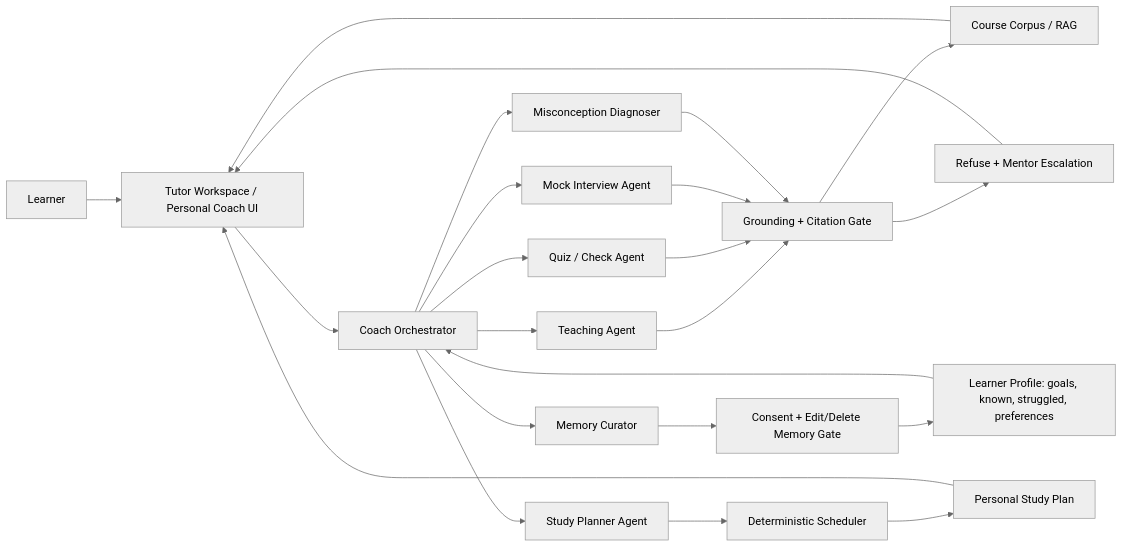
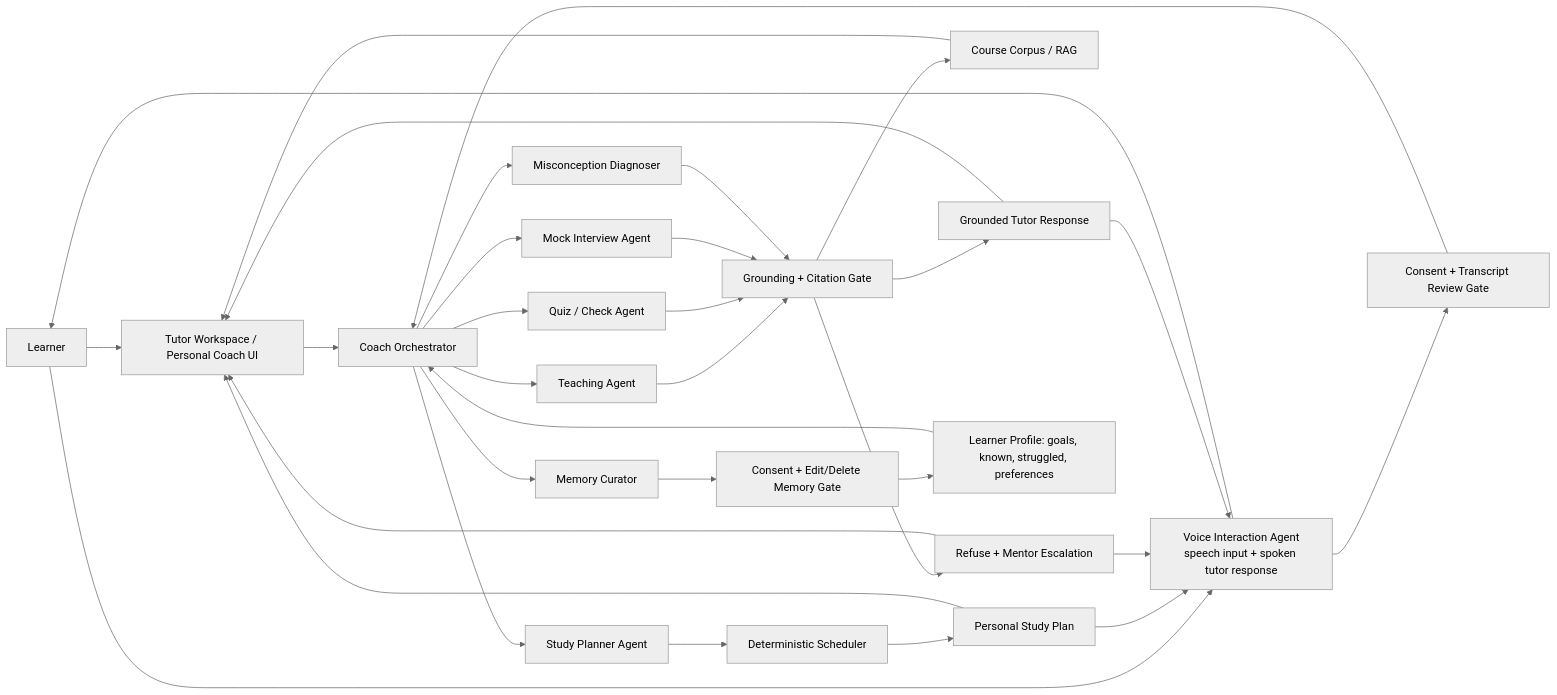
The first of 2 diagrams in docs/assets/pitch/agent-orchestration-flow.md (manjunath84/genacademy-coach), drawn with Mermaid (neutral theme) before and after one commit. The commit also changed other lines of this file and 4 other files, not shown here.

Commit message:
docs: integrate voice into pitch architecture

````diff
--- a/docs/assets/pitch/agent-orchestration-flow.md
+++ b/docs/assets/pitch/agent-orchestration-flow.md
@@ -13,32 +13,41 @@
 ```mermaid
 flowchart LR
     Learner["Learner"]
     UI["Tutor Workspace / Personal Coach UI"]
+    Voice["Voice Interaction Agent\nspeech input + spoken tutor response"]
+    VoiceConsent["Consent + Transcript Review Gate"]
     Orchestrator["Coach Orchestrator"]
+    Response["Grounded Tutor Response"]
 
     Learner --> UI --> Orchestrator
+    Learner --> Voice --> VoiceConsent --> Orchestrator
 
     Orchestrator --> Tutor["Teaching Agent"]
     Orchestrator --> Quiz["Quiz / Check Agent"]
     Orchestrator --> Interview["Mock Interview Agent"]
     Orchestrator --> Diagnoser["Misconception Diagnoser"]
     Orchestrator --> Planner["Study Planner Agent"]
     Orchestrator --> Memory["Memory Curator"]
 
     Tutor --> Trust["Grounding + Citation Gate"]
     Quiz --> Trust
     Interview --> Trust
     Diagnoser --> Trust
     Planner --> Scheduler["Deterministic Scheduler"]
     Memory --> Privacy["Consent + Edit/Delete Memory Gate"]
 
     Trust --> Corpus["Course Corpus / RAG"]
     Trust --> Refusal["Refuse + Mentor Escalation"]
+    Trust --> Response
     Scheduler --> Plan["Personal Study Plan"]
     Privacy --> Profile["Learner Profile: goals, known, struggled, preferences"]
 
     Profile --> Orchestrator
     Plan --> UI
+    Plan --> Voice
     Refusal --> UI
+    Refusal --> Voice
     Corpus --> UI
+    Response --> UI
+    Response --> Voice --> Learner
 ```
````
